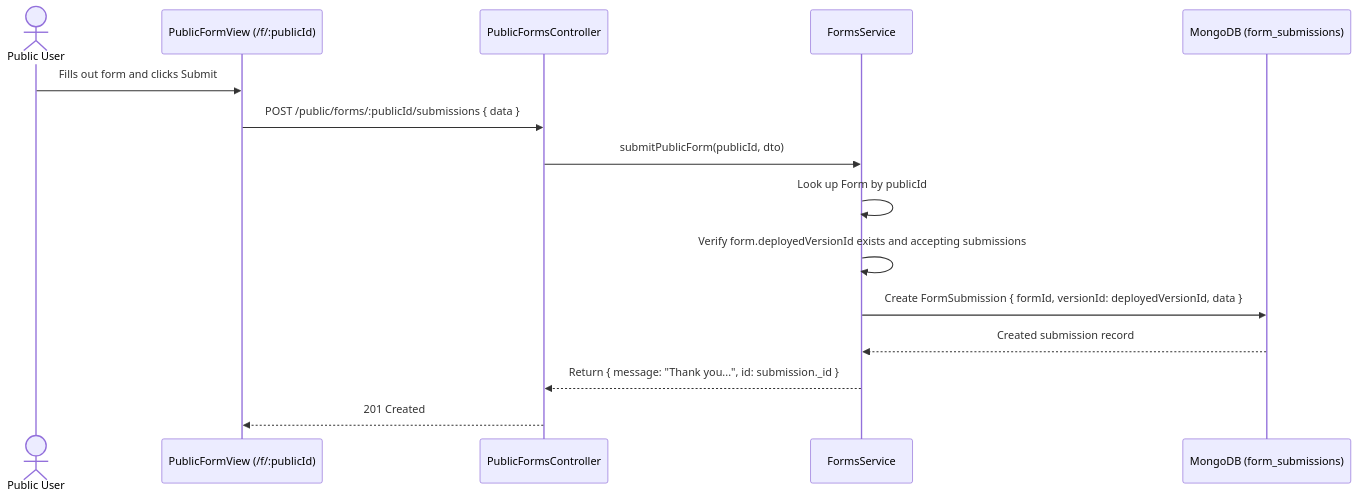
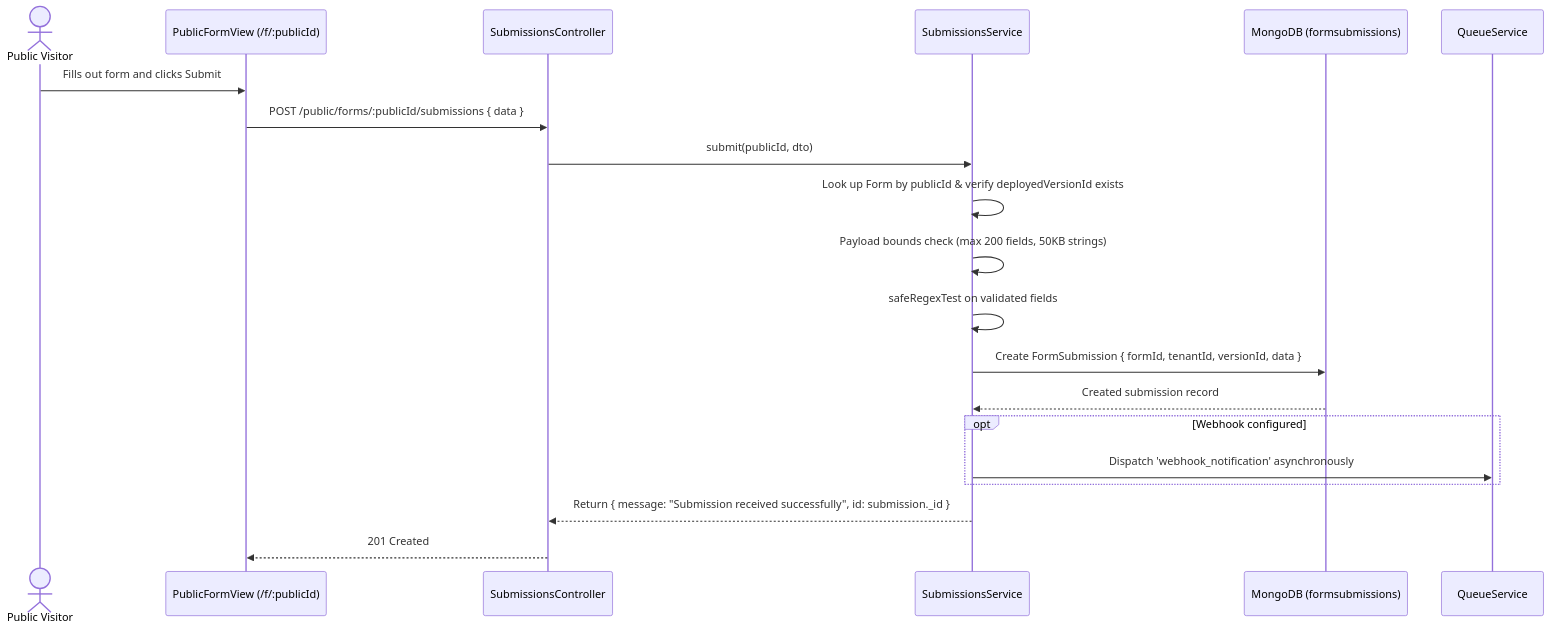
One commit to jasim-sct/machine-test changed the third of 3 diagrams in docs/architecture/data-flow.md. Above: the diagram before and after it, drawn with Mermaid. The commit also changed other lines of this file and 111 other files, not shown here.

````diff
--- a/docs/architecture/data-flow.md
+++ b/docs/architecture/data-flow.md
@@ -60,18 +63,23 @@
 ```mermaid
 sequenceDiagram
-    actor Submitter as Public User
+    actor Submitter as Public Visitor
     participant Page as PublicFormView (/f/:publicId)
-    participant API as PublicFormsController
-    participant Service as FormsService
-    participant DB as MongoDB (form_submissions)
+    participant API as SubmissionsController
+    participant Service as SubmissionsService
+    participant DB as MongoDB (formsubmissions)
+    participant Queue as QueueService
 
     Submitter->>Page: Fills out form and clicks Submit
     Page->>API: POST /public/forms/:publicId/submissions { data }
-    API->>Service: submitPublicForm(publicId, dto)
-    Service->>Service: Look up Form by publicId
-    Service->>Service: Verify form.deployedVersionId exists and accepting submissions
-    Service->>DB: Create FormSubmission { formId, versionId: deployedVersionId, data }
+    API->>Service: submit(publicId, dto)
+    Service->>Service: Look up Form by publicId & verify deployedVersionId exists
+    Service->>Service: Payload bounds check (max 200 fields, 50KB strings)
+    Service->>Service: safeRegexTest on validated fields
+    Service->>DB: Create FormSubmission { formId, tenantId, versionId, data }
     DB-->>Service: Created submission record
-    Service-->>API: Return { message: "Thank you...", id: submission._id }
+    opt Webhook configured
+        Service->>Queue: Dispatch 'webhook_notification' asynchronously
+    end
+    Service-->>API: Return { message: "Submission received successfully", id: submission._id }
     API-->>Page: 201 Created
 ```
````
